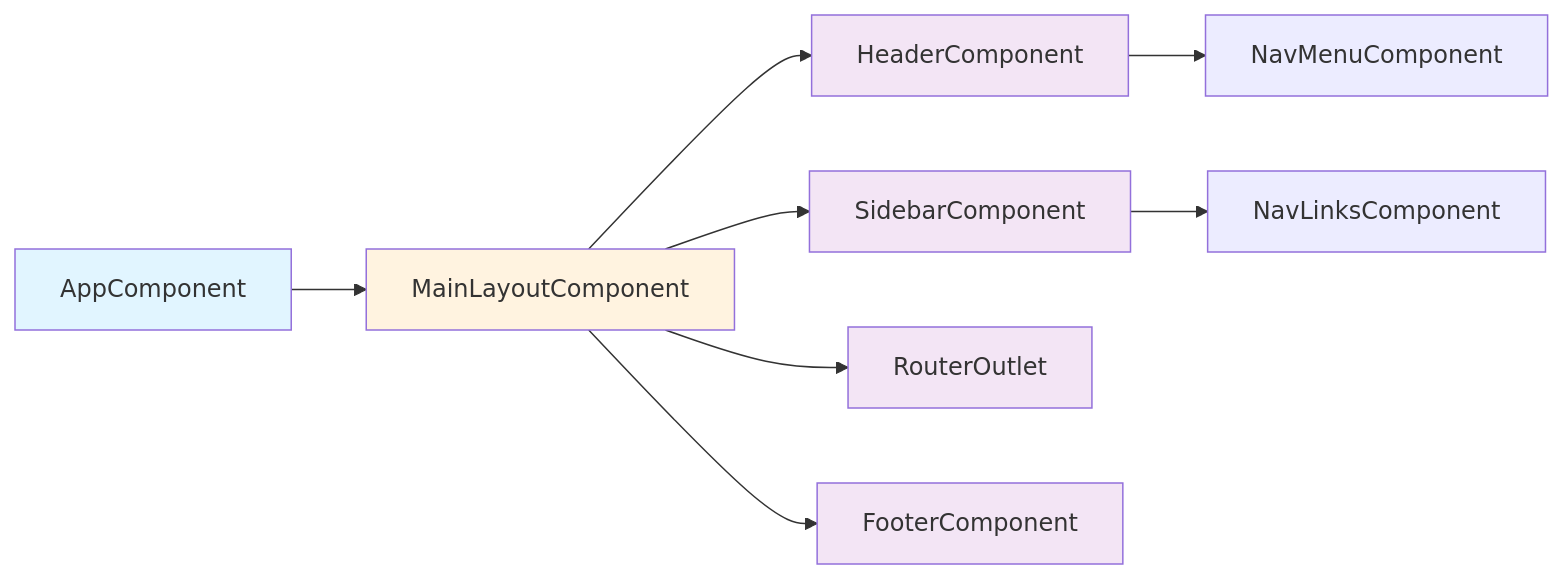
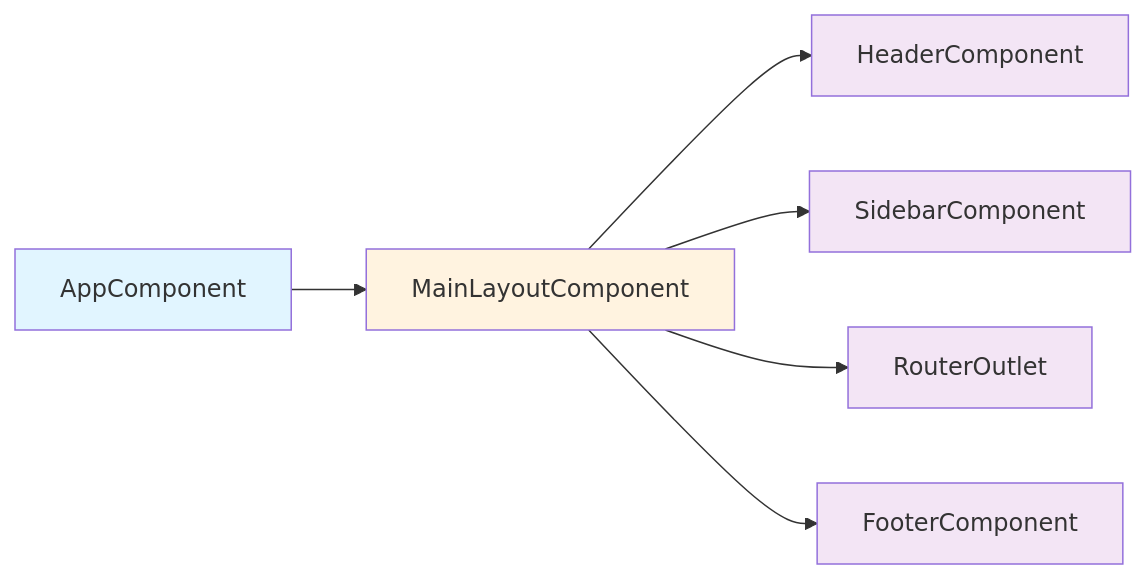
One commit to bprof-spec-codes/codelingo changed the first of 3 diagrams in docs/frontend/main-layout-components.md. Above: the diagram before and after it, drawn with Mermaid. The commit also changed other lines of this file, not shown here.

````diff
--- a/docs/frontend/main-layout-components.md
+++ b/docs/frontend/main-layout-components.md
@@ -20,16 +20,14 @@
 ```mermaid
 graph LR
 App[AppComponent] --> Layout[MainLayoutComponent]
 Layout --> Header[HeaderComponent]
 Layout --> Sidebar[SidebarComponent]
 Layout --> Content[RouterOutlet]
 Layout --> Footer[FooterComponent]
-Header --> NavMenu[NavMenuComponent]
-Sidebar --> NavLinks[NavLinksComponent]
 style App fill:#e1f5ff
 style Layout fill:#fff3e0
 style Header fill:#f3e5f5
 style Sidebar fill:#f3e5f5
 style Content fill:#f3e5f5
 style Footer fill:#f3e5f5
 ```
````
